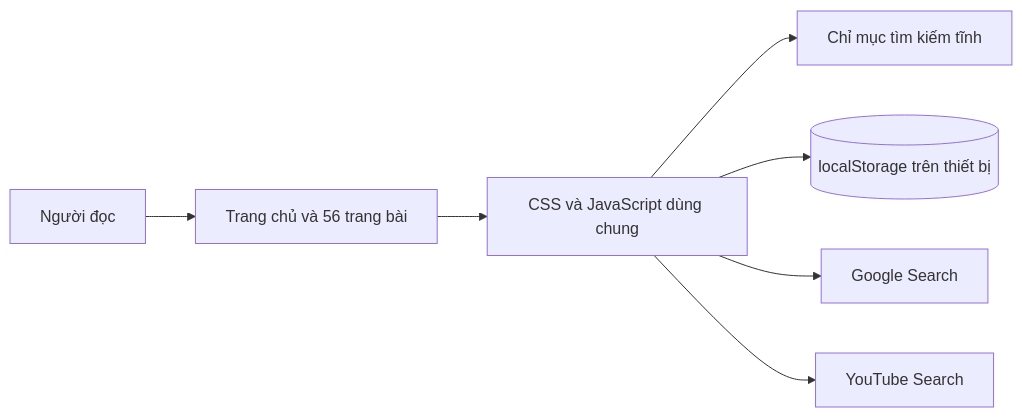
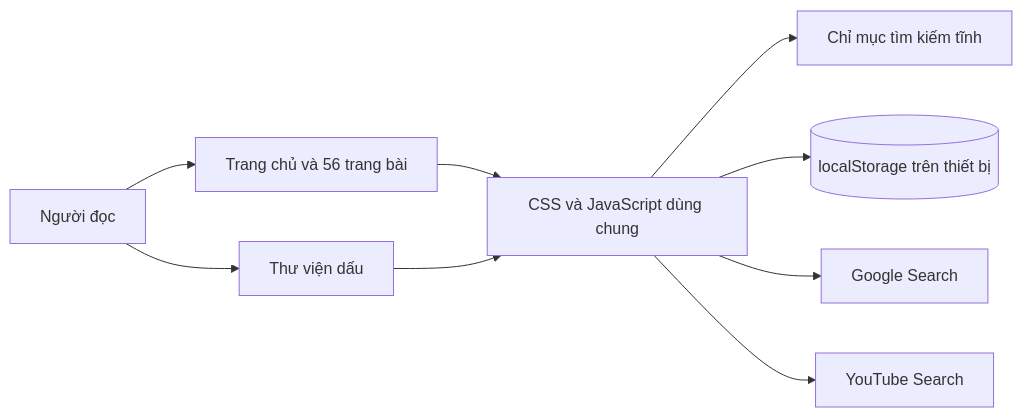
One commit to danghoangsqtt-sys/Ebook-basic-circuit changed the diagram in .DHSYSTEM/architecture/system-overview.mermaid. Above: the diagram before and after it, drawn with Mermaid. The commit also changed 11 other files, not shown here.

```diff
--- a/.DHSYSTEM/architecture/system-overview.mermaid
+++ b/.DHSYSTEM/architecture/system-overview.mermaid
@@ -1,7 +1,9 @@
 flowchart LR
   U[Người đọc] --> P[Trang chủ và 56 trang bài]
+  U --> H[Thư viện dấu]
   P --> A[CSS và JavaScript dùng chung]
+  H --> A
   A --> I[Chỉ mục tìm kiếm tĩnh]
   A --> L[(localStorage trên thiết bị)]
   A --> G[Google Search]
   A --> Y[YouTube Search]
```
